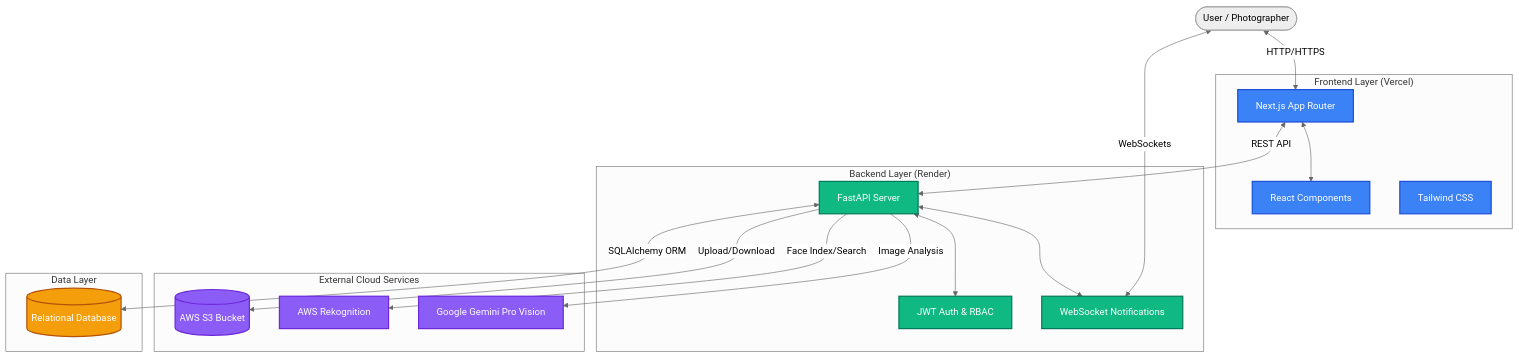
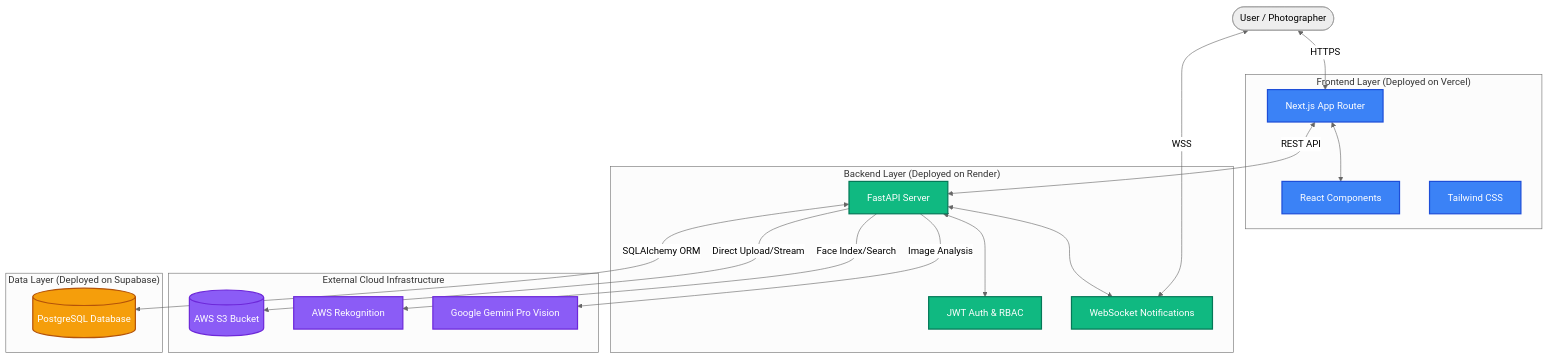
The diagram in architecture.md (divyansh070/cig_project_dev), drawn with Mermaid (neutral theme) before and after one commit. The commit also changed other lines of this file and 1 other file, not shown here.

````diff
--- a/architecture.md
+++ b/architecture.md
@@ -7,56 +7,56 @@
 ```mermaid
 graph TD
     %% User Interfaces
     User([User / Photographer])
     
     %% Frontend Layer
-    subgraph "Frontend Layer (Vercel)"
+    subgraph "Frontend Layer (Deployed on Vercel)"
         NextJS[Next.js App Router]
         React[React Components]
         Tailwind[Tailwind CSS]
         NextJS <--> React
     end
 
     %% Backend Layer
-    subgraph "Backend Layer (Render)"
+    subgraph "Backend Layer (Deployed on Render)"
         FastAPI[FastAPI Server]
         Auth[JWT Auth & RBAC]
         WebSockets[WebSocket Notifications]
         FastAPI <--> Auth
         FastAPI <--> WebSockets
     end
 
     %% Cloud Services
-    subgraph "External Cloud Services"
+    subgraph "External Cloud Infrastructure"
         S3[(AWS S3 Bucket)]
         Rekognition[AWS Rekognition]
         Gemini[Google Gemini Pro Vision]
     end
 
     %% Database Layer
-    subgraph "Data Layer"
-        DB[(Relational Database)]
+    subgraph "Data Layer (Deployed on Supabase)"
+        DB[(PostgreSQL Database)]
     end
 
     %% Connections
-    User <-->|HTTP/HTTPS| NextJS
-    User <-->|WebSockets| WebSockets
+    User <-->|HTTPS| NextJS
+    User <-->|WSS| WebSockets
     NextJS <-->|REST API| FastAPI
     
     FastAPI <-->|SQLAlchemy ORM| DB
     
-    FastAPI -->|Upload/Download| S3
+    FastAPI -->|Direct Upload/Stream| S3
     FastAPI -->|Face Index/Search| Rekognition
     FastAPI -->|Image Analysis| Gemini
     
     %% Styling
     classDef client fill:#3b82f6,stroke:#1d4ed8,stroke-width:2px,color:white;
     classDef server fill:#10b981,stroke:#047857,stroke-width:2px,color:white;
     classDef database fill:#f59e0b,stroke:#b45309,stroke-width:2px,color:white;
     classDef cloud fill:#8b5cf6,stroke:#6d28d9,stroke-width:2px,color:white;
     
     class NextJS,React,Tailwind client;
     class FastAPI,Auth,WebSockets server;
     class DB database;
     class S3,Rekognition,Gemini cloud;
 ```
````
